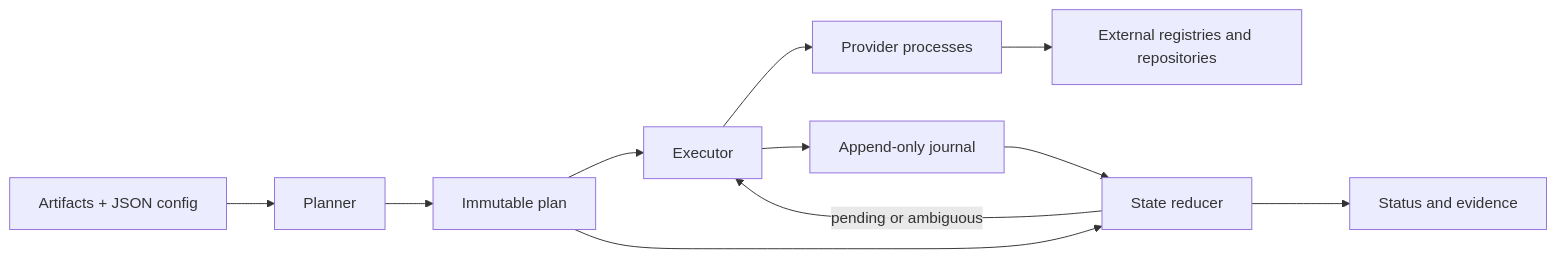
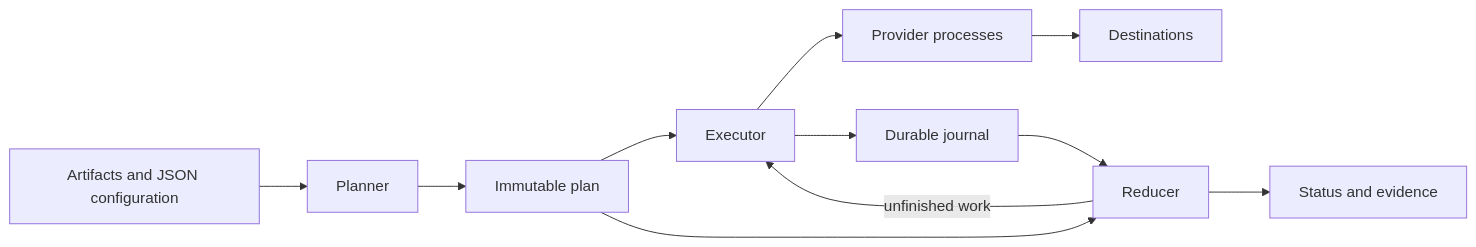
The diagram in docs/architecture.md (aalsanie/distroplane), drawn with Mermaid before and after one commit. The commit also changed other lines of this file and 14 other files, not shown here.

````diff
--- a/docs/architecture.md
+++ b/docs/architecture.md
@@ -5,13 +5,13 @@
 ```mermaid
 flowchart LR
-  A[Artifacts + JSON config] --> B[Planner]
+  A[Artifacts and JSON configuration] --> B[Planner]
   B --> C[Immutable plan]
   C --> D[Executor]
   D --> E[Provider processes]
-  E --> F[External registries and repositories]
-  D --> G[Append-only journal]
-  C --> H[State reducer]
+  E --> F[Destinations]
+  D --> G[Durable journal]
+  C --> H[Reducer]
   G --> H
   H --> I[Status and evidence]
-  H -->|pending or ambiguous| D
+  H -->|unfinished work| D
 ```
````
